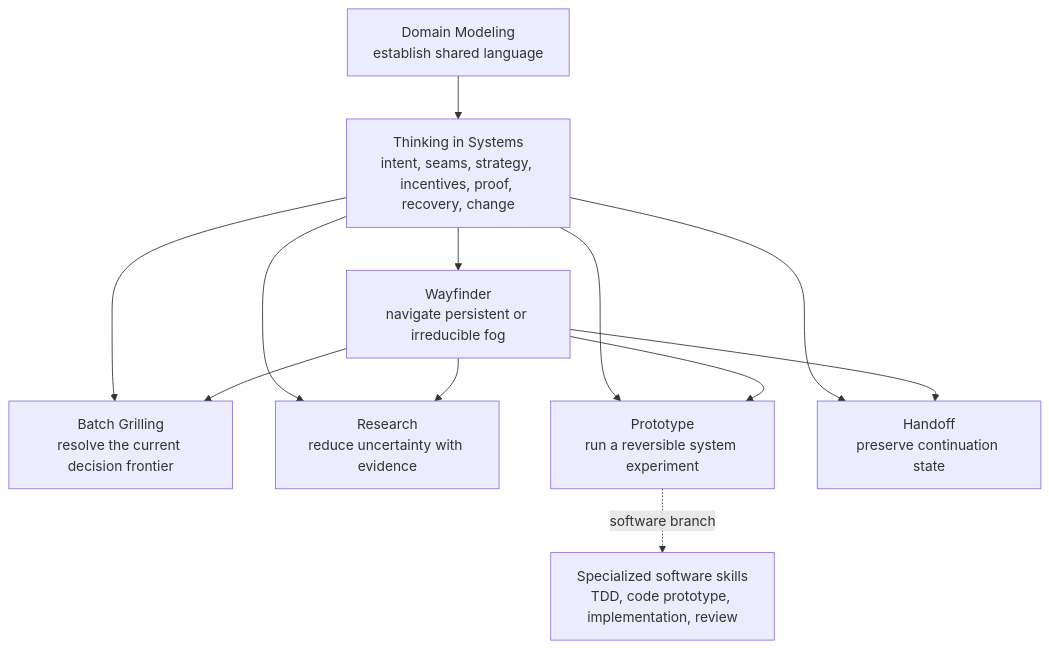
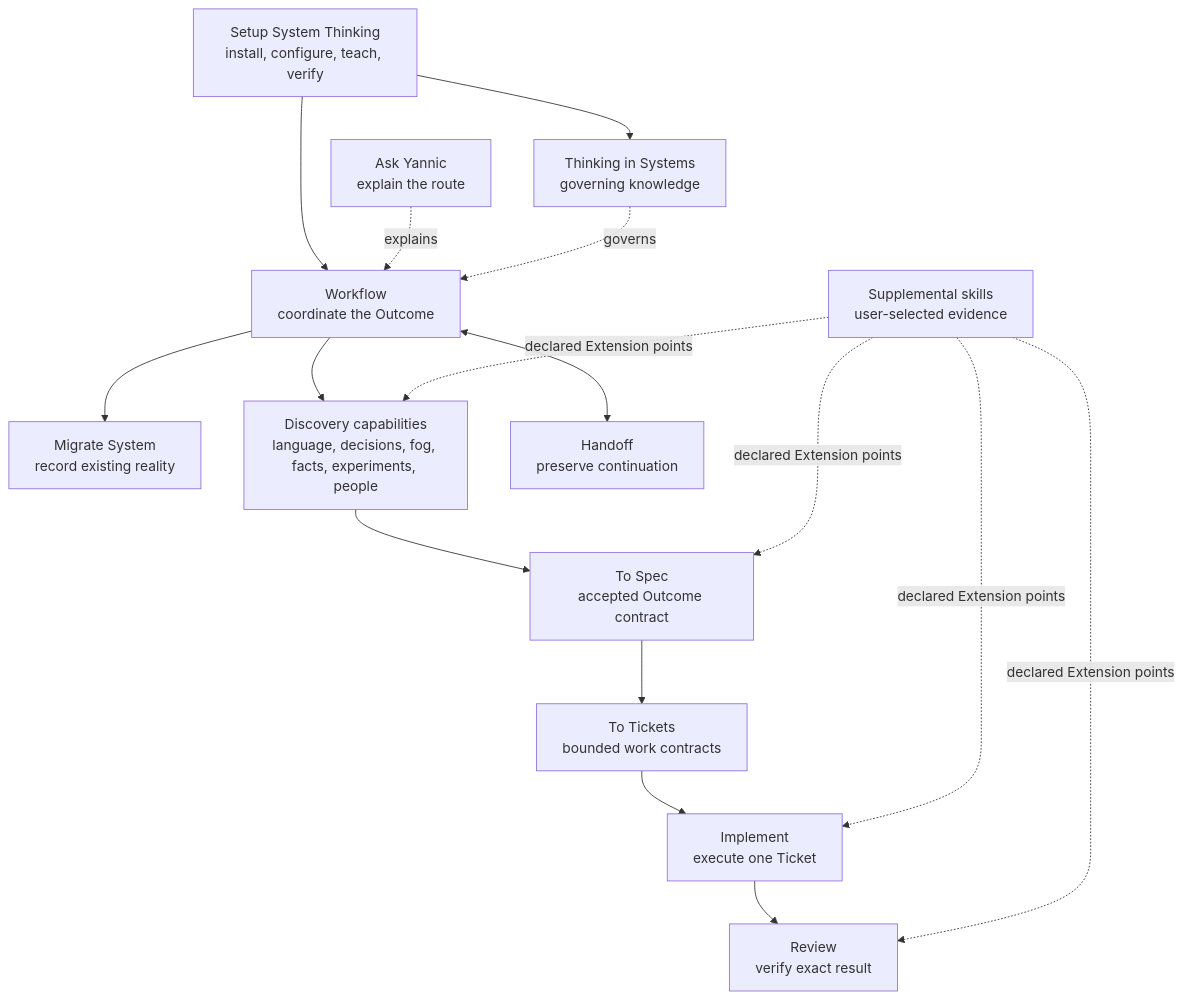
One commit to JustYannicc/skills changed the diagram in docs/ARCHITECTURE.md. Above: the diagram before and after it, drawn with Mermaid. The commit also changed other lines of this file and 18 other files, not shown here.

````diff
--- a/docs/ARCHITECTURE.md
+++ b/docs/ARCHITECTURE.md
@@ -13,23 +29,31 @@
 ```mermaid
 flowchart TD
-  TIS["Thinking in Systems<br/>intent, seams, strategy, incentives, proof, recovery, change"]
-  WF["Wayfinder<br/>navigate persistent or irreducible fog"]
-  BG["Batch Grilling<br/>resolve the current decision frontier"]
-  RS["Research<br/>reduce uncertainty with evidence"]
-  PT["Prototype<br/>run a reversible system experiment"]
-  HO["Handoff<br/>preserve continuation state"]
-  DM["Domain Modeling<br/>establish shared language"]
-  SD["Specialized software skills<br/>TDD, code prototype, implementation, review"]
+  SU["Setup System Thinking<br/>install, configure, teach, verify"]
+  TIS["Thinking in Systems<br/>governing knowledge"]
+  W["Workflow<br/>coordinate the Outcome"]
+  AY["Ask Yannic<br/>explain the route"]
+  MS["Migrate System<br/>record existing reality"]
+  D["Discovery capabilities<br/>language, decisions, fog, facts, experiments, people"]
+  SP["To Spec<br/>accepted Outcome contract"]
+  TK["To Tickets<br/>bounded work contracts"]
+  IM["Implement<br/>execute one Ticket"]
+  RV["Review<br/>verify exact result"]
+  HO["Handoff<br/>preserve continuation"]
+  XS["Supplemental skills<br/>user-selected evidence"]
 
-  TIS --> WF
-  TIS --> BG
-  TIS --> RS
-  TIS --> PT
-  TIS --> HO
-  DM --> TIS
-  WF --> BG
-  WF --> RS
-  WF --> PT
-  WF --> HO
-  PT -. "software branch" .-> SD
+  SU --> TIS
+  SU --> W
+  AY -. "explains" .-> W
+  TIS -. "governs" .-> W
+  W --> MS
+  W --> D
+  D --> SP
+  SP --> TK
+  TK --> IM
+  IM --> RV
+  W <--> HO
+  XS -. "declared Extension points" .-> D
+  XS -. "declared Extension points" .-> SP
+  XS -. "declared Extension points" .-> IM
+  XS -. "declared Extension points" .-> RV
 ```
````
